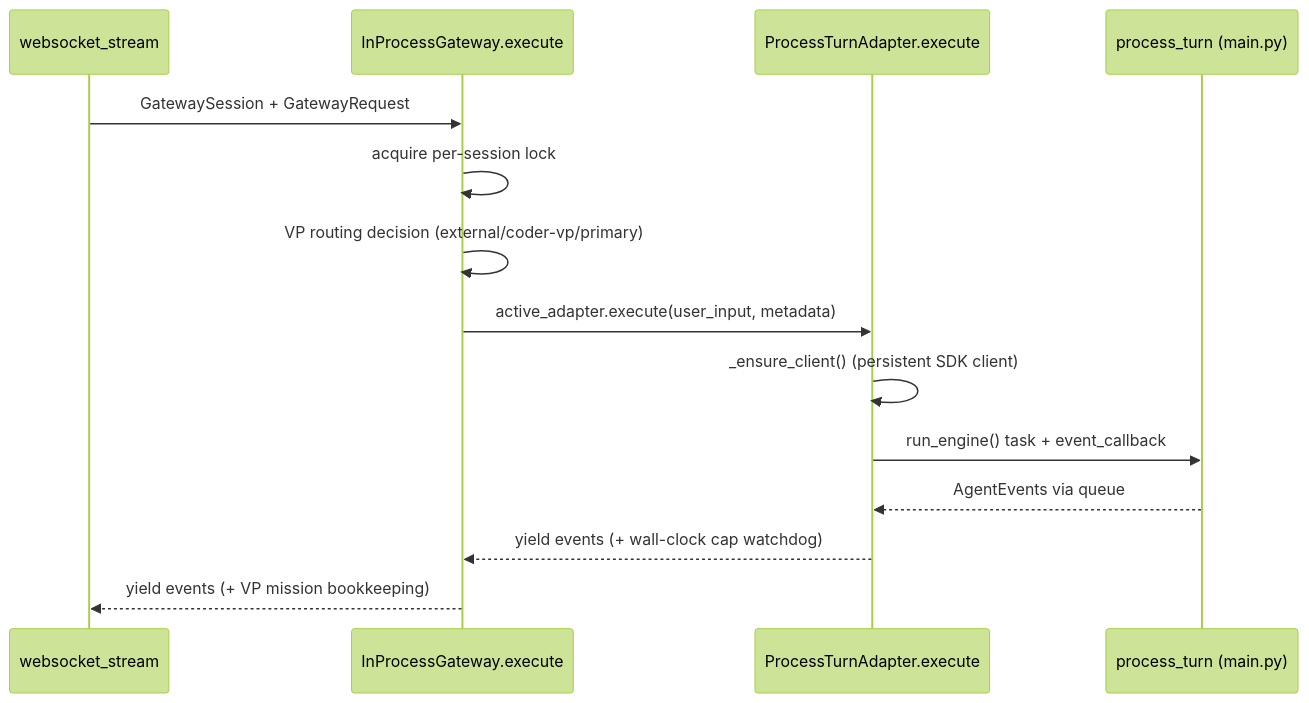
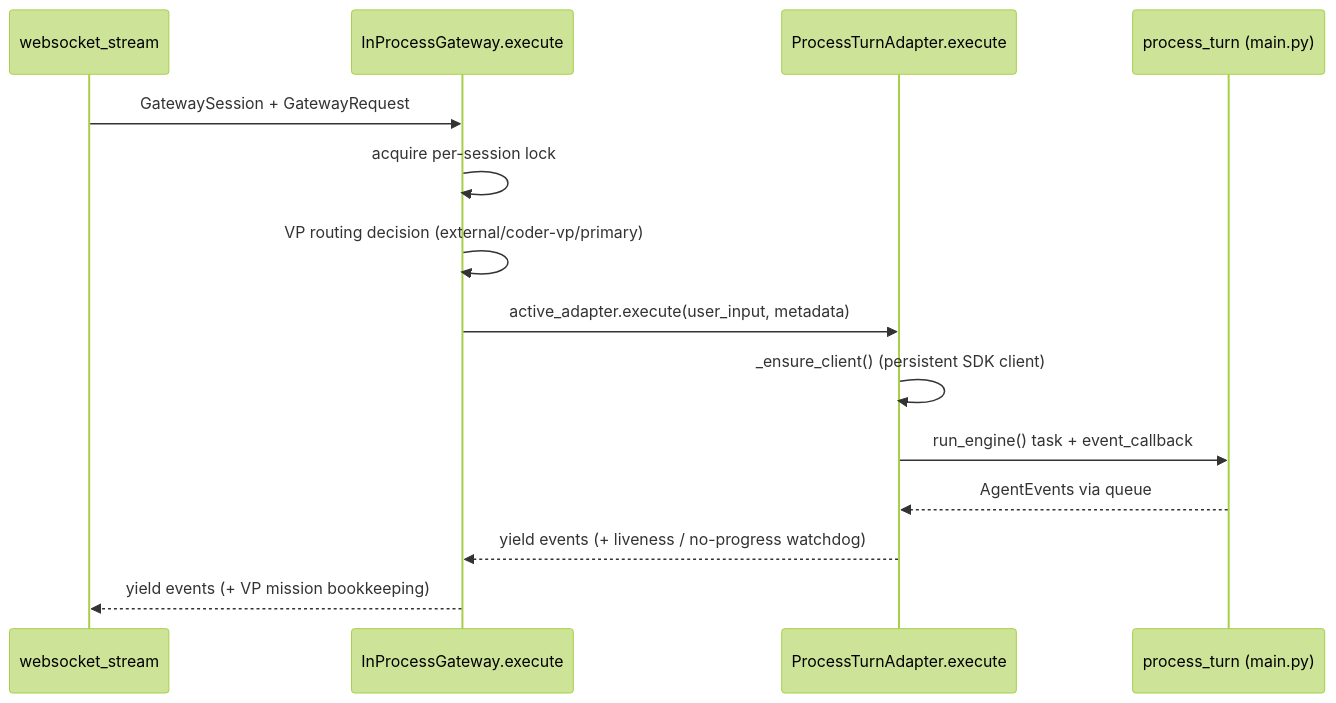
One commit to Kjdragan/universal_agent changed the second of 2 diagrams in project_docs/02_execution_core/01_gateway_sessions_execution.md. Above: the diagram before and after it, drawn with Mermaid (forest theme). The commit also changed other lines of this file and 9 other files, not shown here.

````diff
--- a/project_docs/02_execution_core/01_gateway_sessions_execution.md
+++ b/project_docs/02_execution_core/01_gateway_sessions_execution.md
@@ -209,16 +209,16 @@
 ```mermaid
 sequenceDiagram
   participant WS as websocket_stream
   participant GW as InProcessGateway.execute
   participant PTA as ProcessTurnAdapter.execute
   participant PT as process_turn (main.py)
   WS->>GW: GatewaySession + GatewayRequest
   GW->>GW: acquire per-session lock
   GW->>GW: VP routing decision (external/coder-vp/primary)
   GW->>PTA: active_adapter.execute(user_input, metadata)
   PTA->>PTA: _ensure_client() (persistent SDK client)
   PTA->>PT: run_engine() task + event_callback
   PT-->>PTA: AgentEvents via queue
-  PTA-->>GW: yield events (+ wall-clock cap watchdog)
+  PTA-->>GW: yield events (+ liveness / no-progress watchdog)
   GW-->>WS: yield events (+ VP mission bookkeeping)
 ```
````
